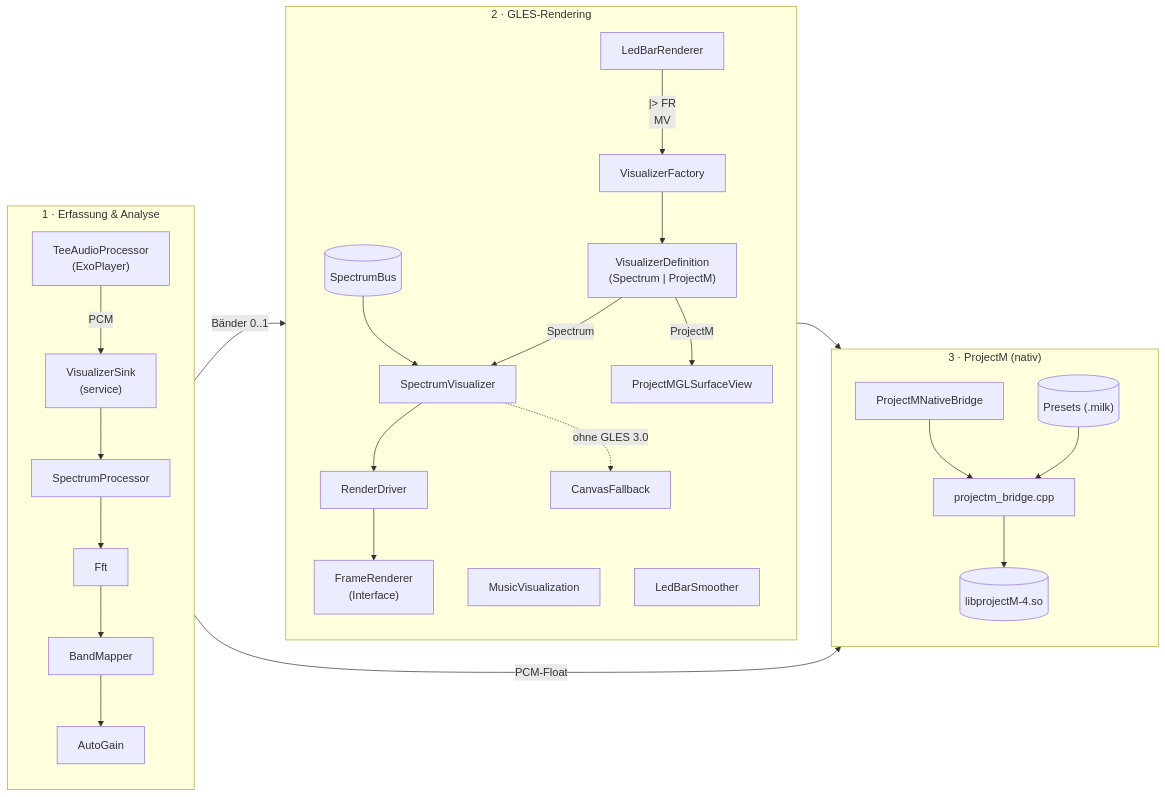
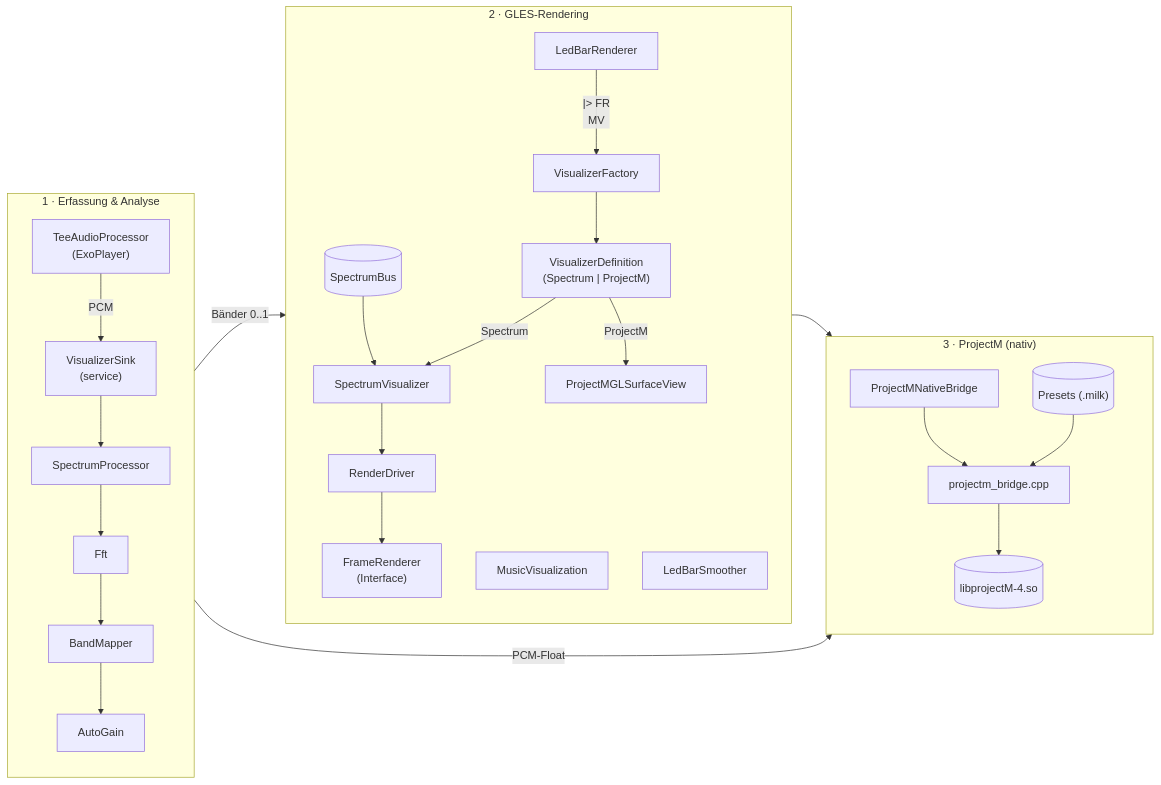
Before and after one commit to codezifer/work: the first of 2 diagrams in Muzzic/visualization/docs/01-architektur.md, drawn with Mermaid. The commit also changed other lines of this file and 19 other files, not shown here.

````diff
--- a/Muzzic/visualization/docs/01-architektur.md
+++ b/Muzzic/visualization/docs/01-architektur.md
@@ -5,45 +5,43 @@
 ```mermaid
 flowchart LR
     subgraph C1["1 · Erfassung & Analyse"]
         direction TB
         TEE["TeeAudioProcessor\n(ExoPlayer)"]
         VS["VisualizerSink\n(service)"]
         SP["SpectrumProcessor"]
         FFT["Fft"]
         BM["BandMapper"]
         AG["AutoGain"]
         TEE -->|"PCM"| VS --> SP --> FFT --> BM --> AG
     end
     subgraph C2["2 · GLES-Rendering"]
         direction TB
         SB[("SpectrumBus")]
         MV["MusicVisualization"]
         VF["VisualizerFactory"]
         VD["VisualizerDefinition\n(Spectrum | ProjectM)"]
         SV["SpectrumVisualizer"]
         RD["RenderDriver"]
         FR["FrameRenderer\n(Interface)"]
         LBR["LedBarRenderer"]
         SM["LedBarSmoother"]
-        CF["CanvasFallback"]
         SB --> SV --> RD --> FR
         LBR --|> FR
         MV --> VF --> VD
         VD -->|"Spectrum"| SV
         VD -->|"ProjectM"| GLS
-        SV -.->|"ohne GLES 3.0"| CF
     end
     subgraph C3["3 · ProjectM (nativ)"]
         direction TB
         GLS["ProjectMGLSurfaceView"]
         JNI["ProjectMNativeBridge"]
         CPP["projectm_bridge.cpp"]
         LIB[("libprojectM-4.so")]
         PRE[("Presets (.milk)")]
         GLS --> JNI --> CPP --> LIB
         PRE --> CPP
     end
 
     AG -->|"Bänder 0..1"| SB
     VS -->|"PCM-Float"| JNI
 ```
````
